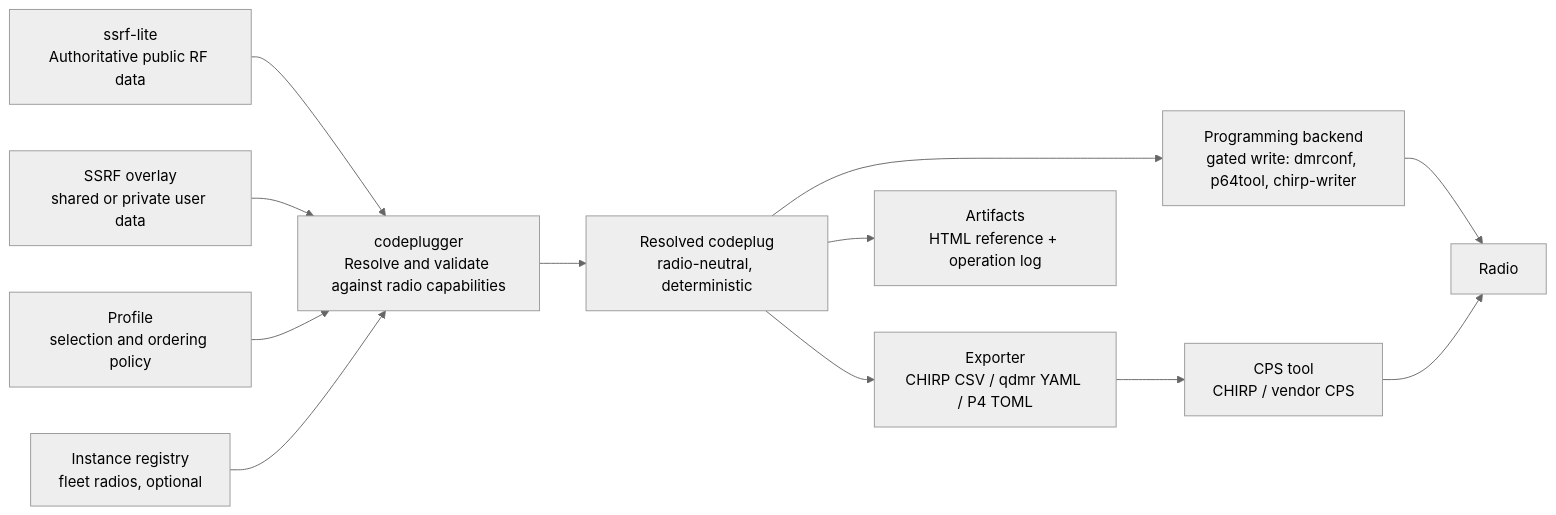
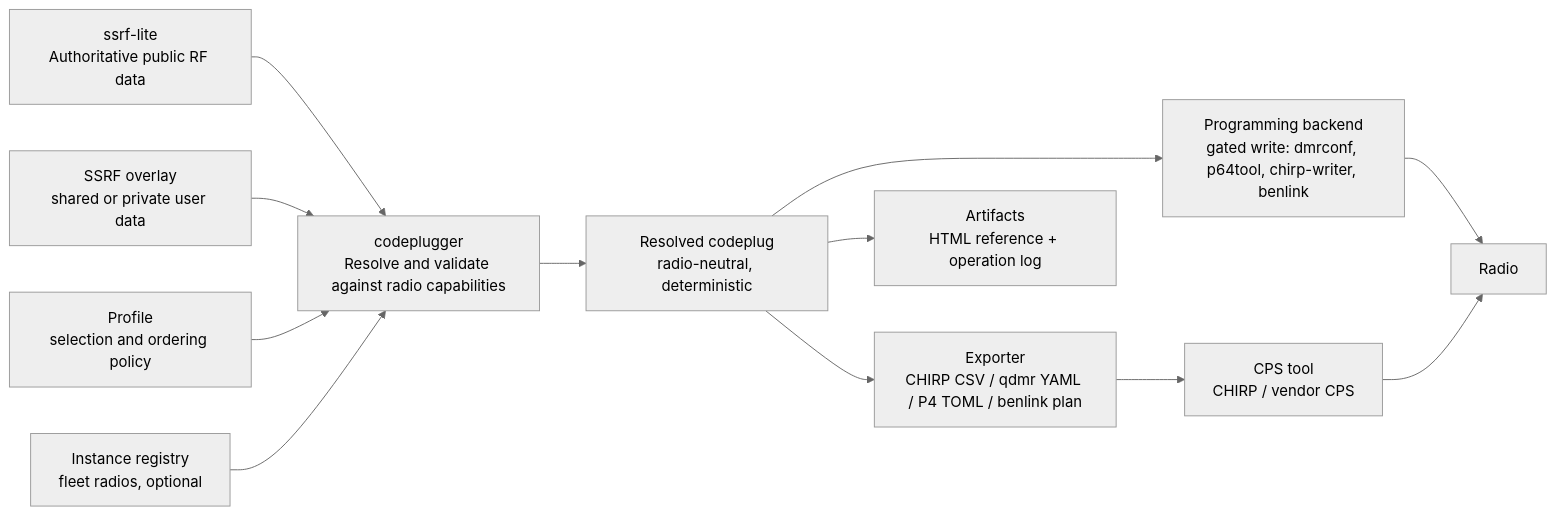
One commit to Chicago-Offline/codeplugger changed the diagram in README.md. Above: the diagram before and after it, drawn with Mermaid (neutral theme). The commit also changed other lines of this file and 13 other files, not shown here.

````diff
--- a/README.md
+++ b/README.md
@@ -18,23 +18,23 @@
 ```mermaid
 flowchart LR
     public["ssrf-lite<br/>Authoritative public RF data"]
     private["SSRF overlay<br/>shared or private user data"]
     profile["Profile<br/>selection and ordering policy"]
     registry["Instance registry<br/>fleet radios, optional"]
     resolve["codeplugger<br/>Resolve and validate against radio capabilities"]
     resolved["Resolved codeplug<br/>radio-neutral, deterministic"]
-    backend["Programming backend<br/>gated write: dmrconf, p64tool, chirp-writer"]
-    exporter["Exporter<br/>CHIRP CSV / qdmr YAML / P4 TOML"]
+    backend["Programming backend<br/>gated write: dmrconf, p64tool, chirp-writer, benlink"]
+    exporter["Exporter<br/>CHIRP CSV / qdmr YAML / P4 TOML / benlink plan"]
     cps["CPS tool<br/>CHIRP / vendor CPS"]
     artifacts["Artifacts<br/>HTML reference + operation log"]
     radio["Radio"]
 
     public --> resolve
     private --> resolve
     profile --> resolve
     registry --> resolve
     resolve --> resolved
     resolved --> backend --> radio
     resolved --> exporter --> cps --> radio
     resolved --> artifacts
 ```
````
